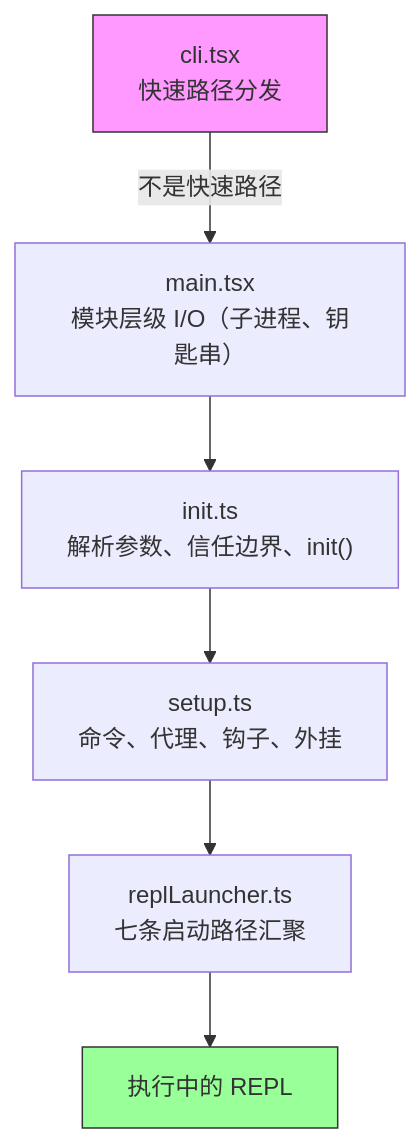
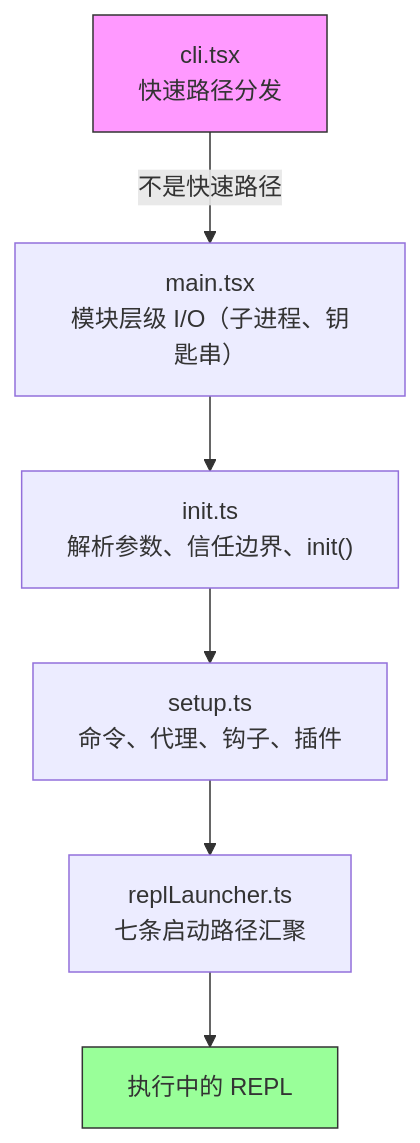
One commit to Gracker/claude-code-from-source-zh-cn changed the first of 4 diagrams in book/ch02-bootstrap.md. Above: the diagram before and after it, drawn with Mermaid. The commit also changed other lines of this file and 16 other files, not shown here.

````diff
--- a/book/ch02-bootstrap.md
+++ b/book/ch02-bootstrap.md
@@ -17,11 +17,11 @@
 ```mermaid
 flowchart TD
     CLI["cli.tsx<br/>快速路径分发"] -->|不是快速路径| Main["main.tsx<br/>模块层级 I/O（子进程、钥匙串）"]
     Main --> Init["init.ts<br/>解析参数、信任边界、init()"]
-    Init --> Setup["setup.ts<br/>命令、代理、钩子、外挂"]
+    Init --> Setup["setup.ts<br/>命令、代理、钩子、插件"]
     Setup --> Launch["replLauncher.ts<br/>七条启动路径汇聚"]
     Launch --> REPL["执行中的 REPL"]
 
     style CLI fill:#f9f,stroke:#333
     style REPL fill:#9f9,stroke:#333
 ```
````
